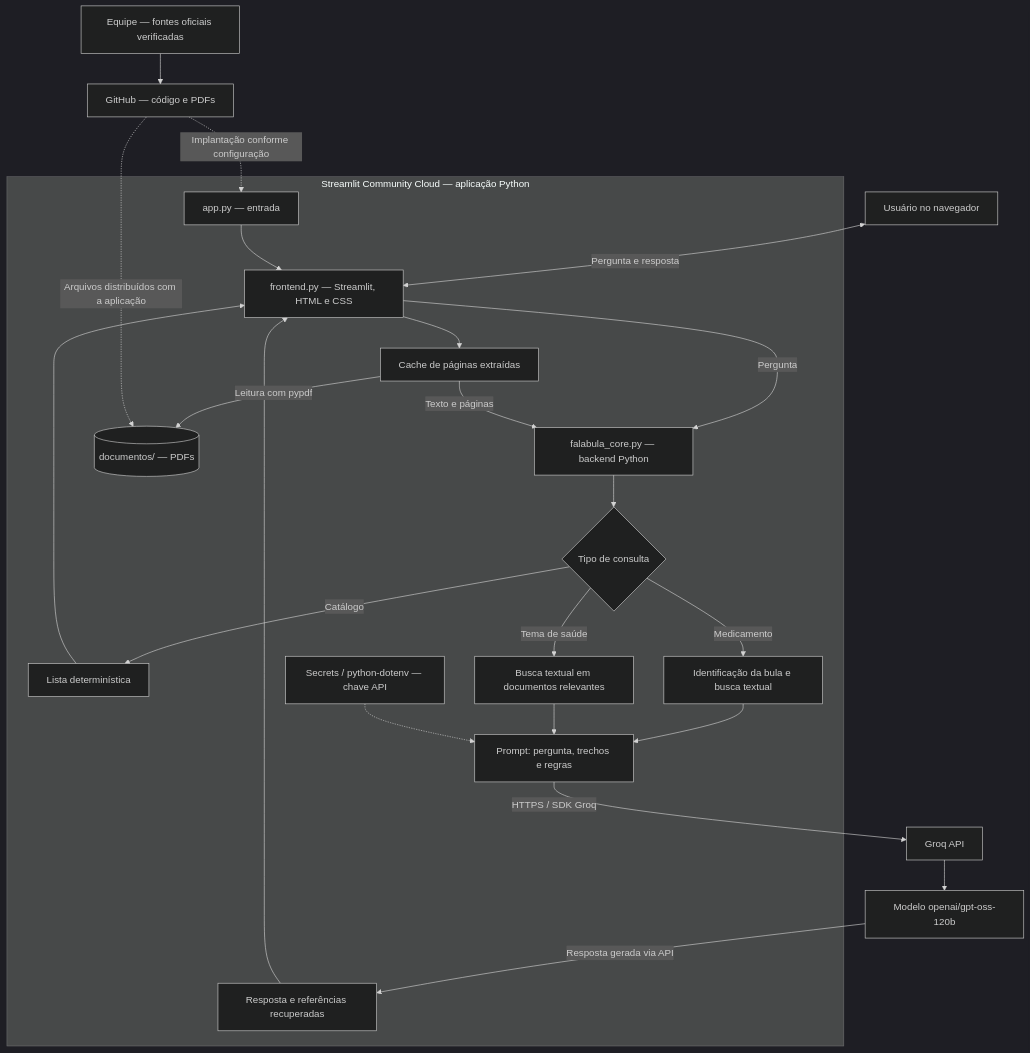
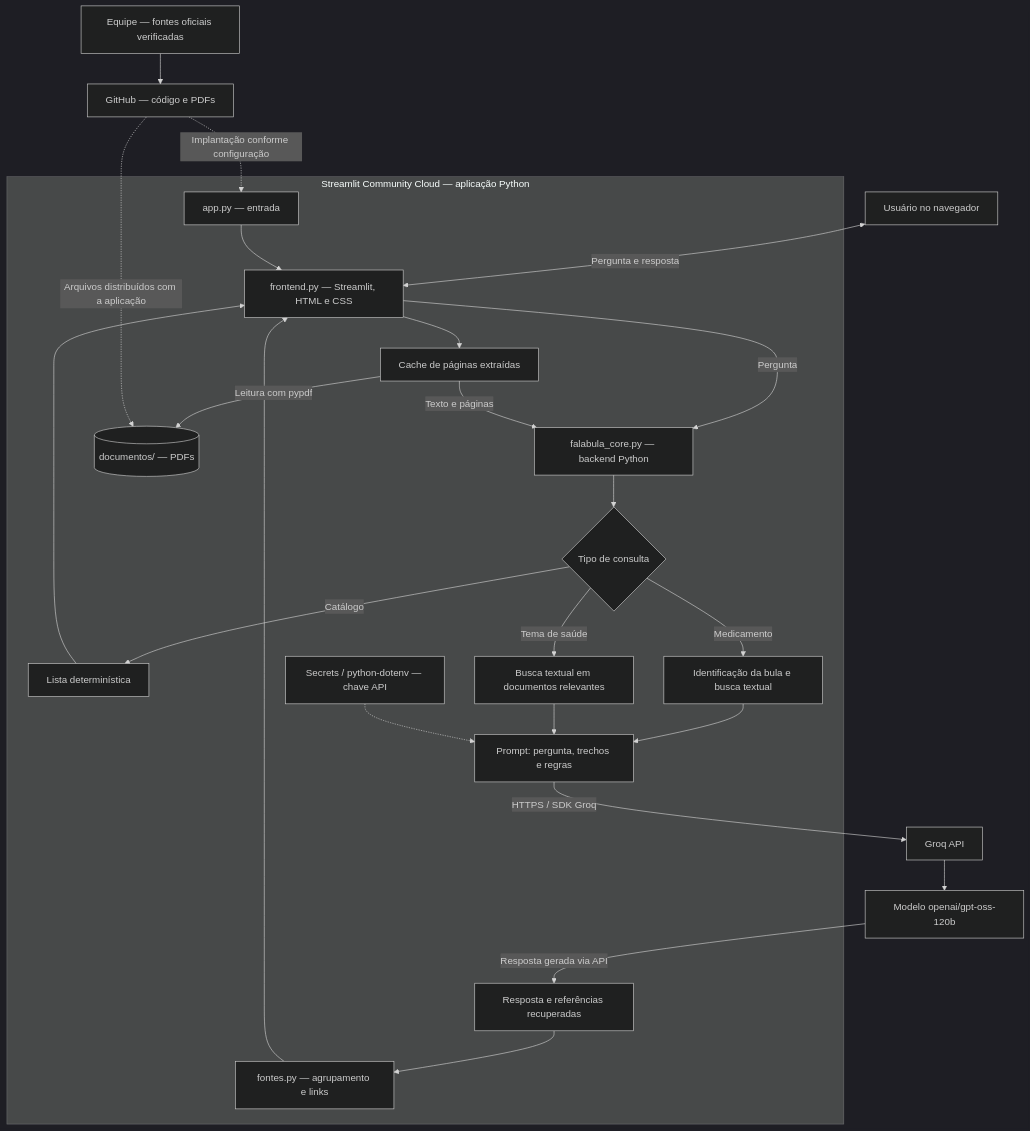
Before and after one commit to Equipe-FalaBula-FMU/Projeto-FalaBula: the diagram in docs/ARQUITETURA_E_GUIA_DE_ESTUDO.md, drawn with Mermaid (dark theme). The commit also changed other lines of this file, not shown here.

````diff
--- a/docs/ARQUITETURA_E_GUIA_DE_ESTUDO.md
+++ b/docs/ARQUITETURA_E_GUIA_DE_ESTUDO.md
@@ -11,26 +11,27 @@
 ```mermaid
 flowchart TD
     U["Usuário no navegador"] <-->|"Pergunta e resposta"| F
     subgraph CLOUD["Streamlit Community Cloud — aplicação Python"]
         A["app.py — entrada"] --> F["frontend.py — Streamlit, HTML e CSS"]
         F -->|"Pergunta"| B["falabula_core.py — backend Python"]
         F --> C["Cache de páginas extraídas"]
         C -->|"Leitura com pypdf"| D[("documentos/ — PDFs")]
         C -->|"Texto e páginas"| B
         B --> R{"Tipo de consulta"}
         R -->|"Catálogo"| L["Lista determinística"]
         R -->|"Medicamento"| M["Identificação da bula e busca textual"]
         R -->|"Tema de saúde"| G["Busca textual em documentos relevantes"]
         M --> P["Prompt: pergunta, trechos e regras"]
         G --> P
         L --> F
         S["Secrets / python-dotenv — chave API"] -.-> P
-        E["Resposta e referências recuperadas"] --> F
+        E["Resposta e referências recuperadas"] --> Q["fontes.py — agrupamento e links"]
+        Q --> F
     end
     P -->|"HTTPS / SDK Groq"| API["Groq API"]
     API --> LLM["Modelo openai/gpt-oss-120b"]
     LLM -->|"Resposta gerada via API"| E
     T["Equipe — fontes oficiais verificadas"] --> GH["GitHub — código e PDFs"]
     GH -.->|"Implantação conforme configuração"| A
     GH -.->|"Arquivos distribuídos com a aplicação"| D
 ```
````
